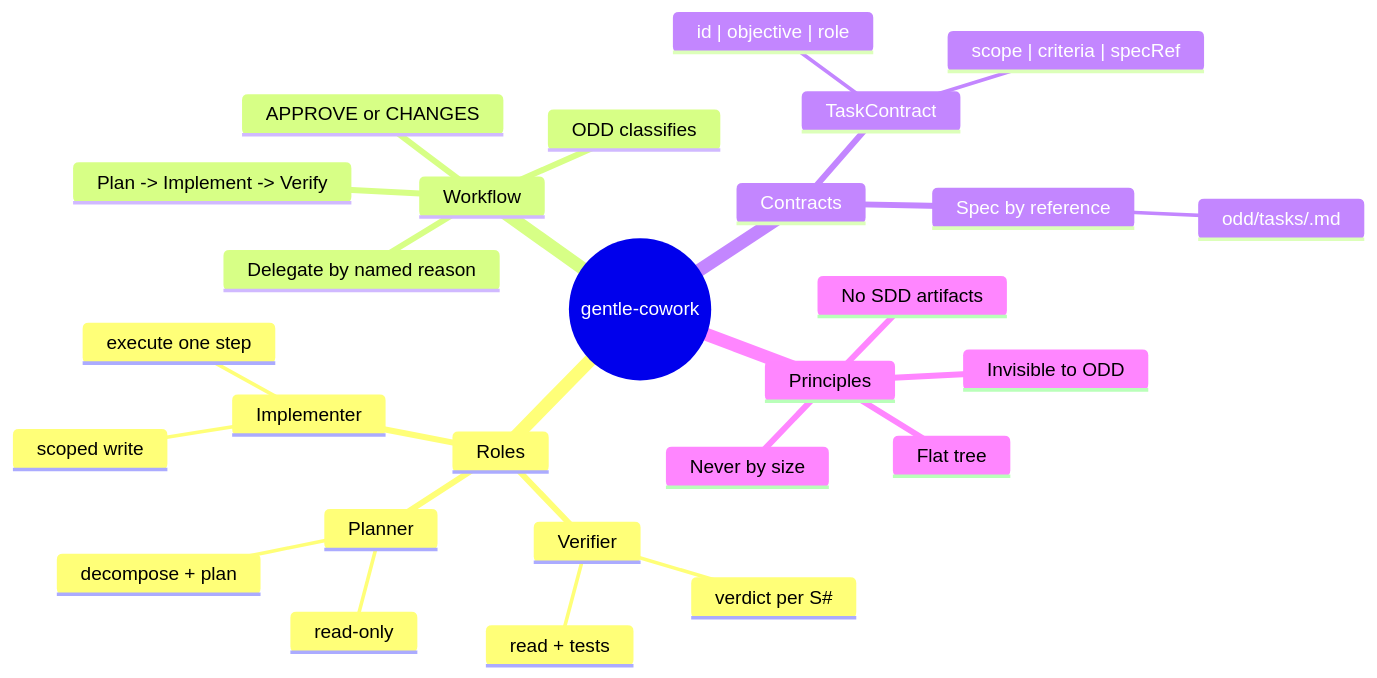
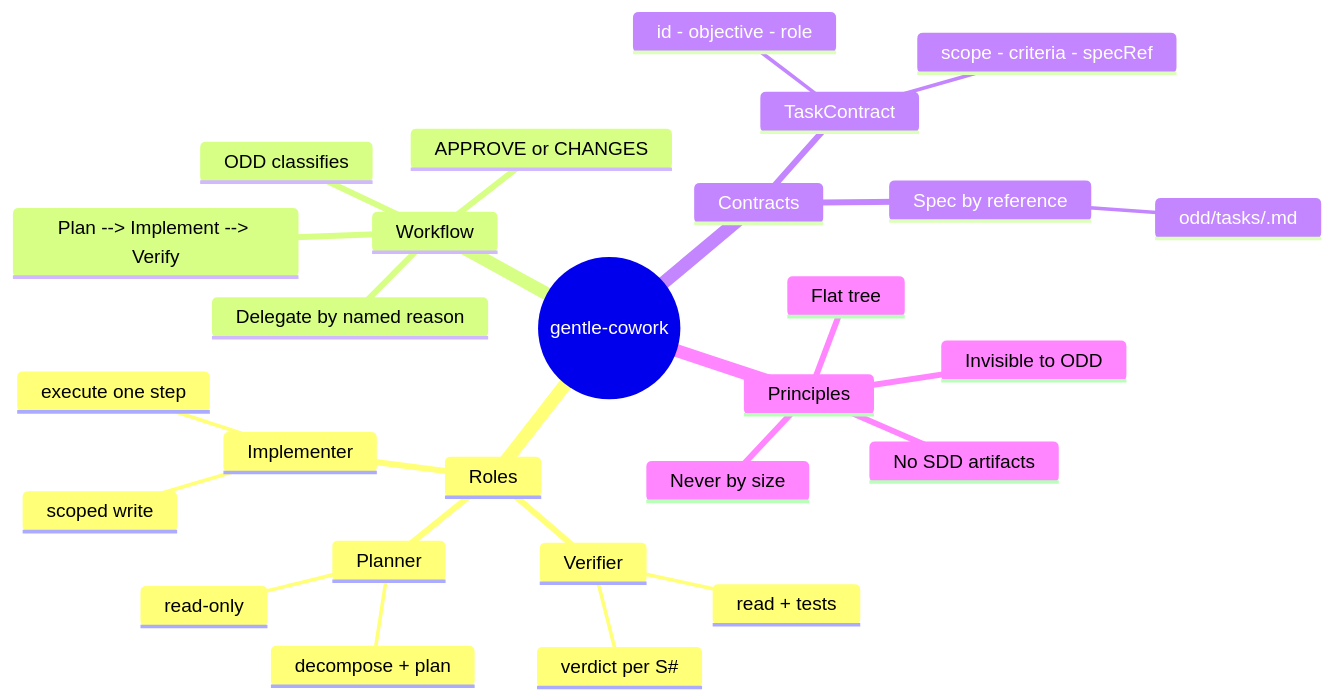
The diagram in README.md (ipproyectosysoluciones/gentle-cowork), drawn with Mermaid before and after one commit. The commit also changed other lines of this file, not shown here.

First line of the commit message:
docs: fix mermaid - restore working diagrams from main

````diff
--- a/README.md
+++ b/README.md
@@ -18,30 +18,30 @@
 ```mermaid
 mindmap
   root((gentle-cowork))
     Roles
       Planner
         read-only
         decompose + plan
       Implementer
         scoped write
         execute one step
       Verifier
         read + tests
         verdict per S#
     Workflow
       ODD classifies
       Delegate by named reason
-      Plan -> Implement -> Verify
+      Plan --> Implement --> Verify
       APPROVE or CHANGES
     Contracts
       TaskContract
-        id | objective | role
-        scope | criteria | specRef
+        id - objective - role
+        scope - criteria - specRef
       Spec by reference
         odd/tasks/<feature>.md
     Principles
       Never by size
       Flat tree
       Invisible to ODD
       No SDD artifacts
 ```
````
